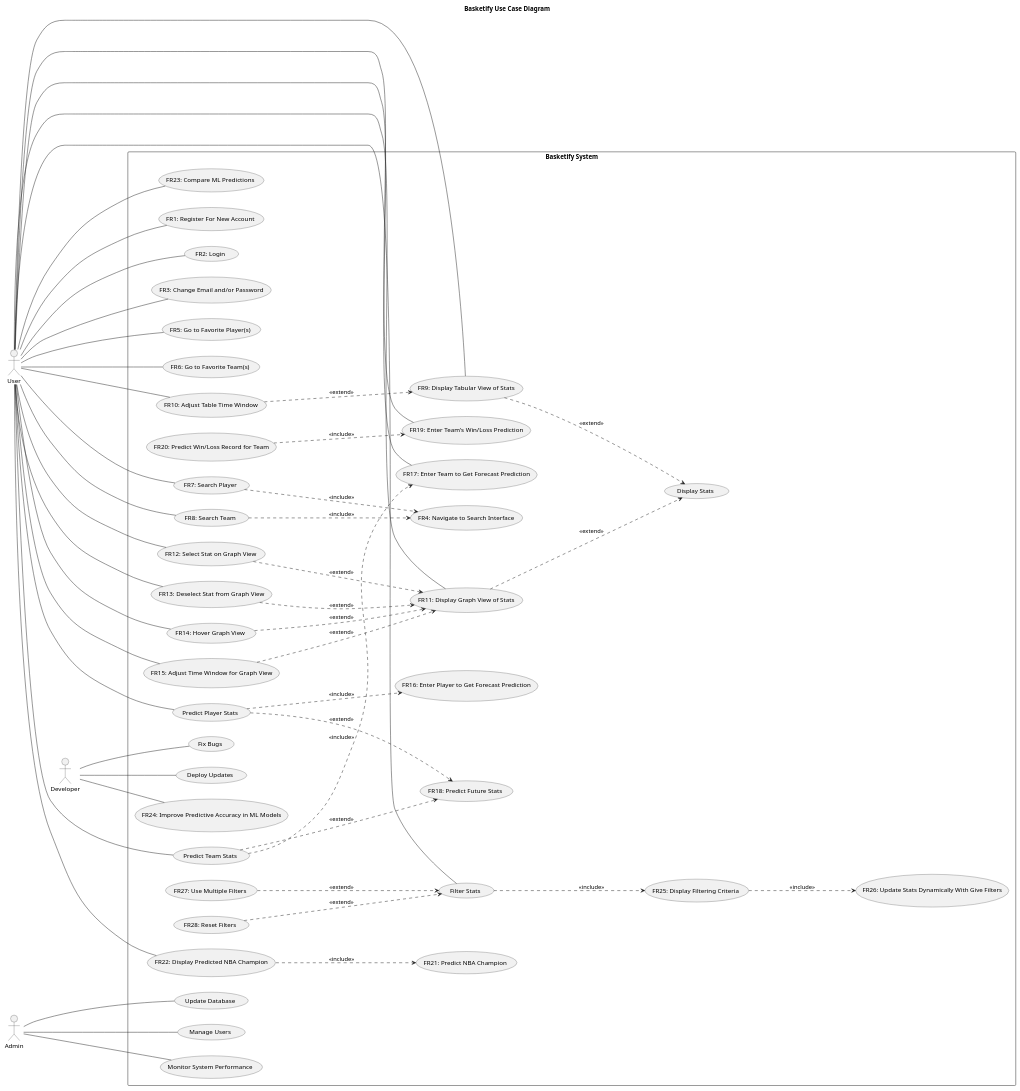
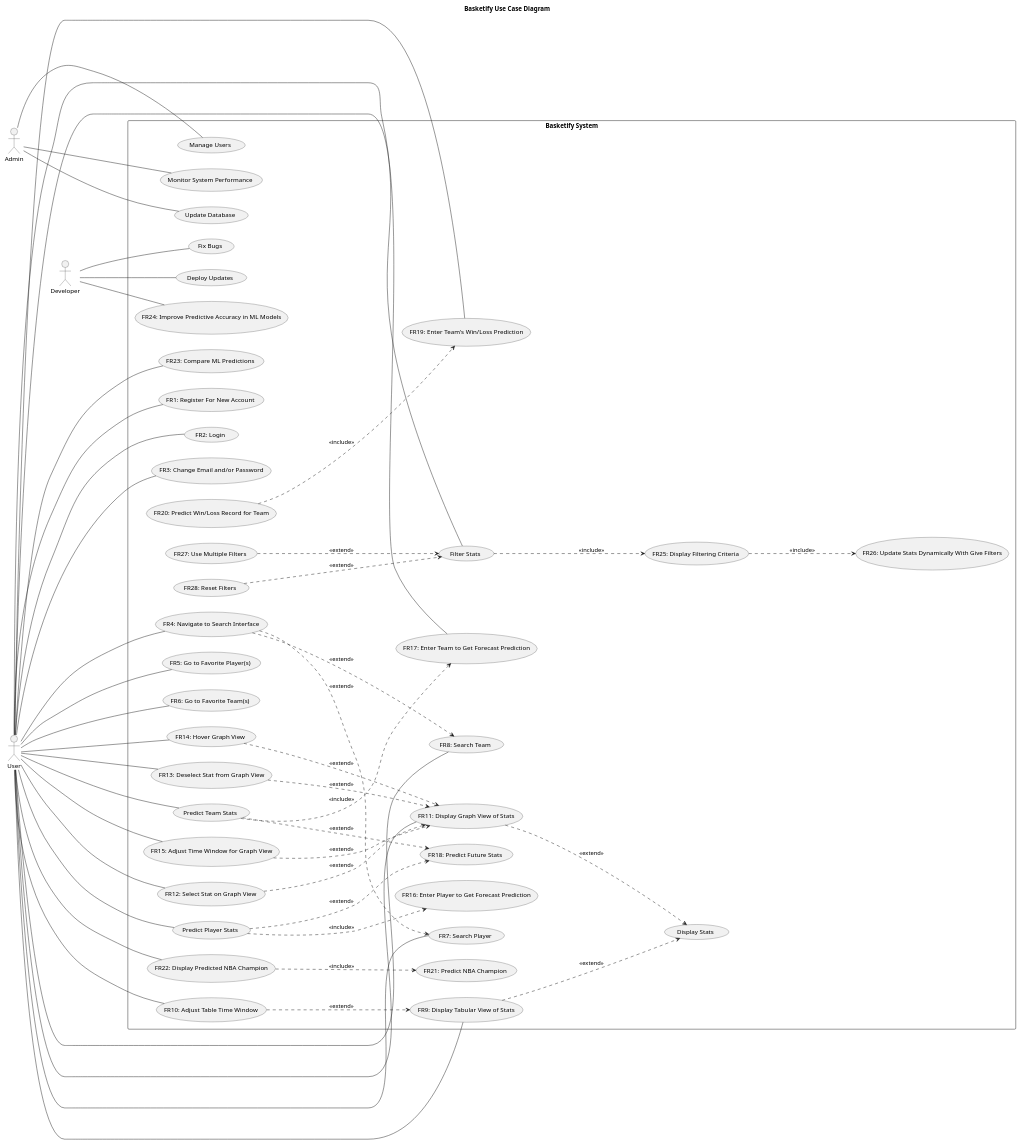
One commit to arongu321/Basketify_SBX changed the diagram in diagrams/Use_Case/usecase.puml. Above: the diagram before and after it, drawn with PlantUML. The commit also changed 1 other file, not shown here.

Commit message:
Zach added DA sections and tweaks to use case diagrams

```diff
--- a/diagrams/Use_Case/usecase.puml
+++ b/diagrams/Use_Case/usecase.puml
@@ -1,184 +1,185 @@
 @startuml Use Case
 title Basketify Use Case Diagram
 left to right direction
 
 ' Define Actors
 actor User
 actor Admin
 actor Developer
 
 ' Define System Boundaries
 rectangle "Basketify System" {
 
     ' Use cases
     usecase "FR1: Register For New Account" as UC1
     usecase "FR2: Login" as UC2
     usecase "FR3: Change Email and/or Password" as UC3
     usecase "FR4: Navigate to Search Interface" as UC4
     usecase "FR5: Go to Favorite Player(s)" as UC5
     usecase "FR6: Go to Favorite Team(s)" as UC6
     usecase "FR7: Search Player" as UC7
     usecase "FR8: Search Team" as UC8
     usecase "Display Stats" as UC9
     usecase "FR9: Display Tabular View of Stats" as UC10
     usecase "FR10: Adjust Table Time Window" as UC11
     usecase "FR11: Display Graph View of Stats" as UC12
     usecase "FR12: Select Stat on Graph View" as UC13
     usecase "FR13: Deselect Stat from Graph View" as UC14
     usecase "FR14: Hover Graph View" as UC15
     usecase "FR15: Adjust Time Window for Graph View" as UC16
     usecase "FR16: Enter Player to Get Forecast Prediction" as UC17
     usecase "FR17: Enter Team to Get Forecast Prediction" as UC18
     usecase "FR18: Predict Future Stats" as UC19
     usecase "Predict Player Stats" as UC20
     usecase "Predict Team Stats" as UC21
     usecase "FR19: Enter Team's Win/Loss Prediction" as UC22
     usecase "FR20: Predict Win/Loss Record for Team" as UC23
     usecase "FR21: Predict NBA Champion" as UC24
     usecase "FR22: Display Predicted NBA Champion" as UC25
     usecase "FR23: Compare ML Predictions" as UC26
     usecase "Filter Stats" as UC28
     usecase "FR25: Display Filtering Criteria" as UC29
     usecase "FR26: Update Stats Dynamically With Give Filters" as UC30
     usecase "FR27: Use Multiple Filters" as UC31
     usecase "FR28: Reset Filters" as UC32
 
     ' Admin use cases
     usecase "Manage Users" as UC33
     usecase "Monitor System Performance" as UC34
     usecase "Update Database" as UC35
 
     ' Developer use cases
     usecase "Deploy Updates" as UC36
     usecase "FR24: Improve Predictive Accuracy in ML Models" as UC27
     usecase "Fix Bugs" as UC37
 
 
 
     ' Define User Relationships
     User ---- UC1
     User ---- UC2
     User ---- UC3
+    User ---- UC4
     User ---- UC5
     User ---- UC6
     User ---- UC7
     User ---- UC8
     User ---- UC10
     User ---- UC11
     User ---- UC12
     User ---- UC13
     User ---- UC14
     User ---- UC15
     User ---- UC16
     User ---- UC20
     User ---- UC21
     User ---- UC18
     User ---- UC22
     User ---- UC25
     User ---- UC26
     User ---- UC28
 
     ' Define Admin Relationships
     Admin ---- UC33
     Admin ---- UC34
     Admin ---- UC35
 
     ' Define Developer Relationships
     Developer --- UC36
     Developer --- UC27
     Developer --- UC37
     
     ' Extends and Includes
-    UC7 ....> UC4 : <<include>>
-    UC8 ....> UC4 : <<include>>
+    UC4 ....> UC7 : <<extend>>
+    UC4 ....> UC8 : <<extend>>
     UC10 ....> UC9 : <<extend>>
     UC12 ....> UC9 : <<extend>>
     UC11 ....> UC10 : <<extend>> 
     UC13 ....> UC12 : <<extend>>
     UC14 ....> UC12 : <<extend>>
     UC15 ....> UC12 : <<extend>>
     UC16 ....> UC12 : <<extend>>
     UC20 ....> UC17 : <<include>>
     UC21 ....> UC18 : <<include>>
     UC20 ....> UC19 : <<extend>>
     UC21 ....> UC19 : <<extend>>
     UC23 ....> UC22 : <<include>>
     UC25 ....> UC24 : <<include>>
     UC28 ....> UC29 : <<include>>
     UC29 ....> UC30 : <<include>>
     UC31 ....> UC28 : <<extend>>
     UC32 ....> UC28 : <<extend>>
 
     /'
     usecase "FR7: Search Player" as UC4
     usecase "FR8: Search Team" as UC5
     usecase "View Player Stats" as UC6
     usecase "View Team Stats" as UC7
     usecase "Filter Stats" as UC8
     usecase "Visualize Data" as UC9
     usecase "FR5: Go to Favorite Player" as UC10
     usecase "FR6: Go to Favorite Team" as UC11
     usecase "Predict Player Stats" as UC12
     usecase "Predict Team Stats" as UC13
     usecase "Predict Win/Loss" as UC14
     usecase "Predict NBA Champion" as UC15
     usecase "Compare ML Predictions" as UC16
     
     ' System use cases
     usecase "Display NBA Champion" as UC23
 
     ' Admin use cases
     usecase "Manage Users" as UC17
     usecase "Monitor System Performance" as UC18
     usecase "Update Database" as UC19
 
     ' Developer use cases
     usecase "Improve ML Model" as UC20
     usecase "Deploy Updates" as UC21
     usecase "Fix Bugs" as UC22
 
     ' Define Relationships
     User -- UC1
     User -- UC2
     User -- UC3
     User -- UC4
     User -- UC5
     User -- UC6
     User -- UC7
     User -- UC8
     User -- UC9
     User -- UC10
     User -- UC11
     User -- UC12
     User -- UC13
     User -- UC14
     User -- UC15
     User --- UC23
     User -- UC16
 
     Admin -- UC17
     Admin -- UC18
     Admin -- UC19
 
     Developer -- UC20
     Developer -- UC21
     Developer -- UC22
     
     ML -- UC15
 
 
     ' Extensions and Includes
     UC4 ..> UC6 : <<includes>> 
     UC5 ..> UC7 : <<includes>>
     UC8 ..> UC9 : <<includes>>
     UC15 ...> UC23 : <<includes>>
     UC12 ..> UC16 : <<extends>>
     UC13 ..> UC16 : <<extends>>
     UC14 ..> UC16 : <<extends>>
     UC15 ..> UC16 : <<extends>>
     '
     '/
 
 }
 
 @enduml
```
